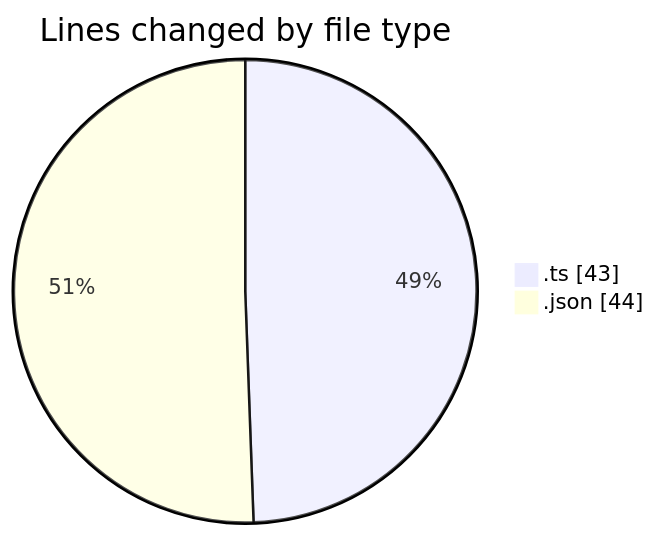
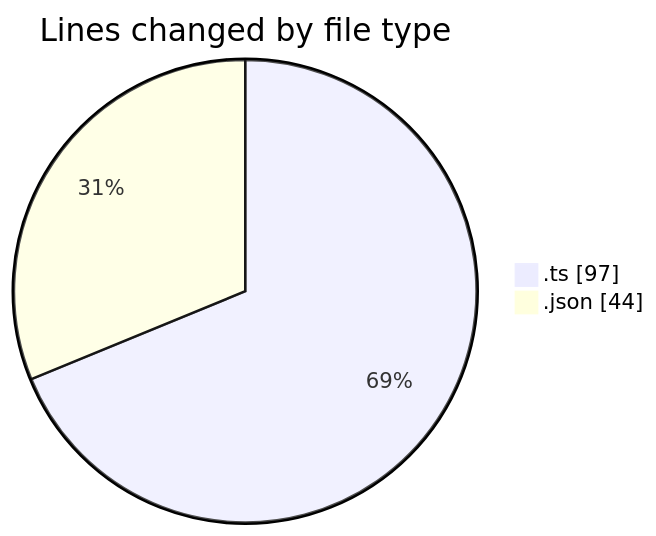
The first of 2 diagrams in 2026-06-16/cinema_3/README.md (igalym/code-tracking), drawn with Mermaid before and after one commit. The commit also changed other lines of this file and 1 other file, not shown here.

````diff
--- a/2026-06-16/cinema_3/README.md
+++ b/2026-06-16/cinema_3/README.md
@@ -22,6 +23,6 @@
 ```mermaid
 pie showData
 title Lines changed by file type
-".ts" : 43
+".ts" : 97
 ".json" : 44
 ```
````
